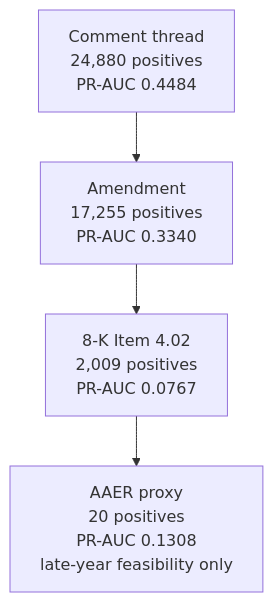
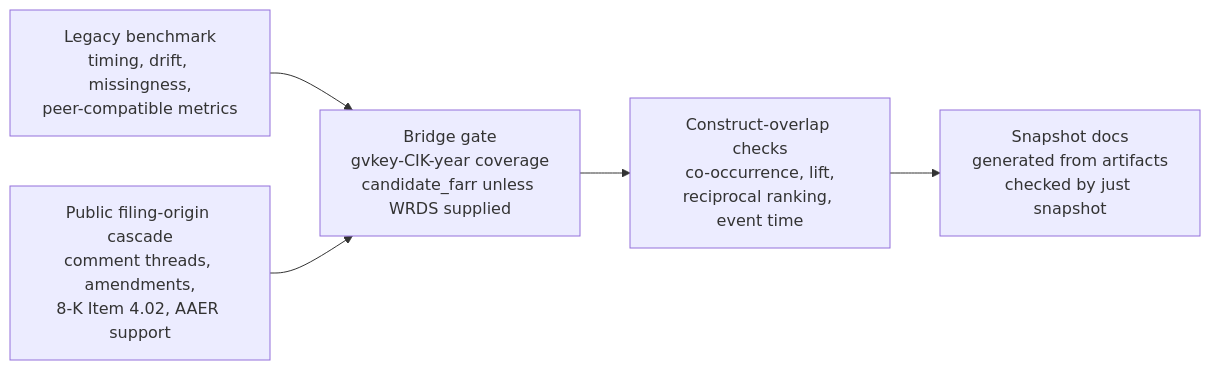
Before and after one commit to TY-Cheng/reporting-risk-cascade: the diagram in docs/results_snapshot.md, drawn with Mermaid. The commit also changed other lines of this file and 12 other files, not shown here.

````diff
--- a/docs/results_snapshot.md
+++ b/docs/results_snapshot.md
@@ -345,6 +54,12 @@
 ```mermaid
-flowchart TB
-    A["Comment thread<br/>24,880 positives<br/>PR-AUC 0.4484"] --> B["Amendment<br/>17,255 positives<br/>PR-AUC 0.3340"]
-    B --> C["8-K Item 4.02<br/>2,009 positives<br/>PR-AUC 0.0767"]
-    C --> D["AAER proxy<br/>20 positives<br/>PR-AUC 0.1308<br/>late-year feasibility only"]
+flowchart LR
+    L["Legacy benchmark<br/>timing, drift, missingness,<br/>peer-compatible metrics"]
+    P["Public filing-origin cascade<br/>comment threads, amendments,<br/>8-K Item 4.02, AAER support"]
+    B["Bridge gate<br/>gvkey-CIK-year coverage<br/>candidate_farr unless WRDS supplied"]
+    V["Construct-overlap checks<br/>co-occurrence, lift,<br/>reciprocal ranking, event time"]
+    S["Snapshot docs<br/>generated from artifacts<br/>checked by just snapshot"]
+    L --> B
+    P --> B
+    B --> V
+    V --> S
 ```
````
